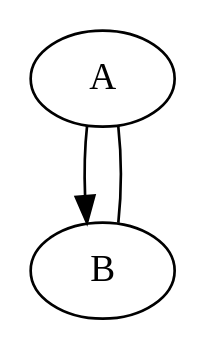
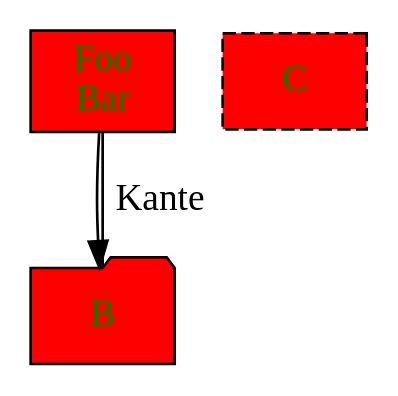
One commit to felixhummel/graphviz_example changed the diagram in test1.dot. Above: the diagram before and after it, drawn with Graphviz.

```diff
--- a/test1.dot
+++ b/test1.dot
@@ -1,9 +1,11 @@
 digraph Name {
-  A;
-  B;
+  NODE [shape=box,style=filled,fillcolor=red,fontcolor=green]
+  A [label="Foo\nBar"];
+  B [shape=folder];
+  C [style="dashed,filled"];
 
 
   // dir=forward back both none controls arrow direction.
   A -> B;
-  B -> A [dir=none];
+  B -> A [dir=none,label="Kante"];
 }
```
